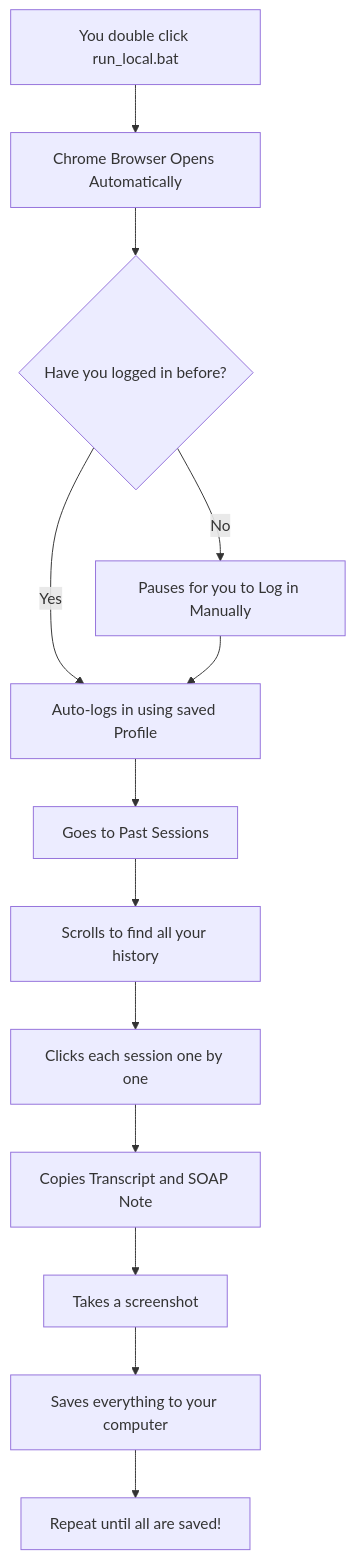
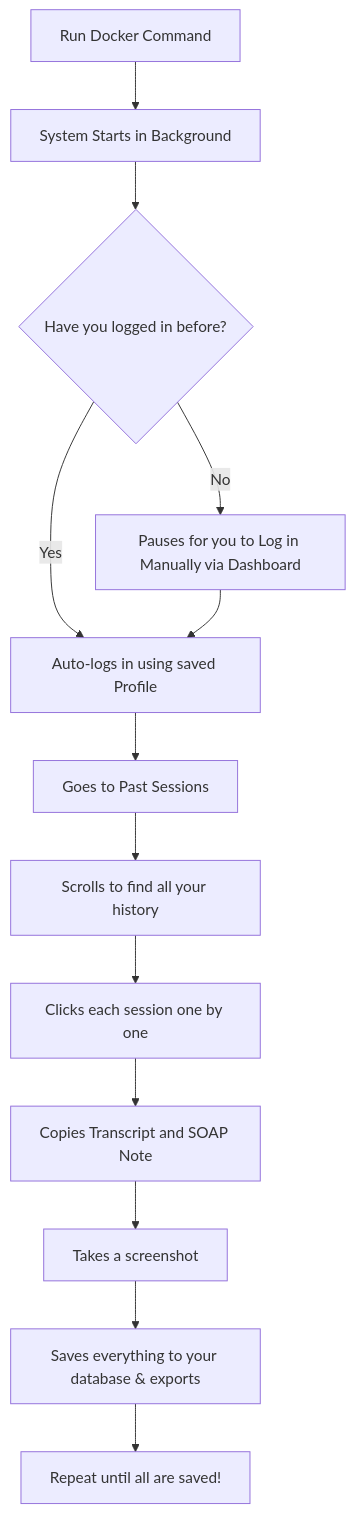
One commit to SA-Medicine/Scibe_Session_Scapper changed the diagram in README.md. Above: the diagram before and after it, drawn with Mermaid. The commit also changed other lines of this file, not shown here.

Commit message:
Update README with optimized Docker flow

````diff
--- a/README.md
+++ b/README.md
@@ -13,15 +13,15 @@
 ```mermaid
 flowchart TD
-    A["You double click run_local.bat"] --> B["Chrome Browser Opens Automatically"]
+    A["Run Docker Command"] --> B["System Starts in Background"]
     B --> C{"Have you logged in before?"}
     C -->|Yes| D["Auto-logs in using saved Profile"]
-    C -->|No| E["Pauses for you to Log in Manually"]
+    C -->|No| E["Pauses for you to Log in Manually via Dashboard"]
     E --> D
     D --> F["Goes to Past Sessions"]
     F --> G["Scrolls to find all your history"]
     G --> H["Clicks each session one by one"]
     H --> I["Copies Transcript and SOAP Note"]
     I --> J["Takes a screenshot"]
-    J --> K["Saves everything to your computer"]
+    J --> K["Saves everything to your database & exports"]
     K --> L["Repeat until all are saved!"]
 ```
````
